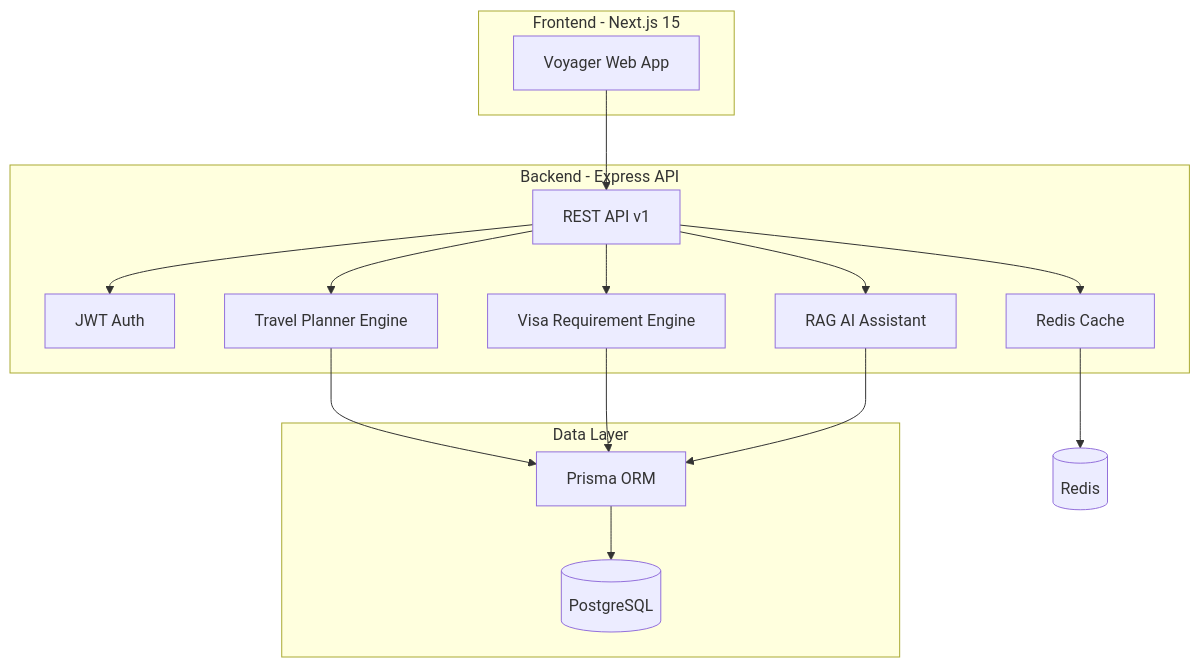
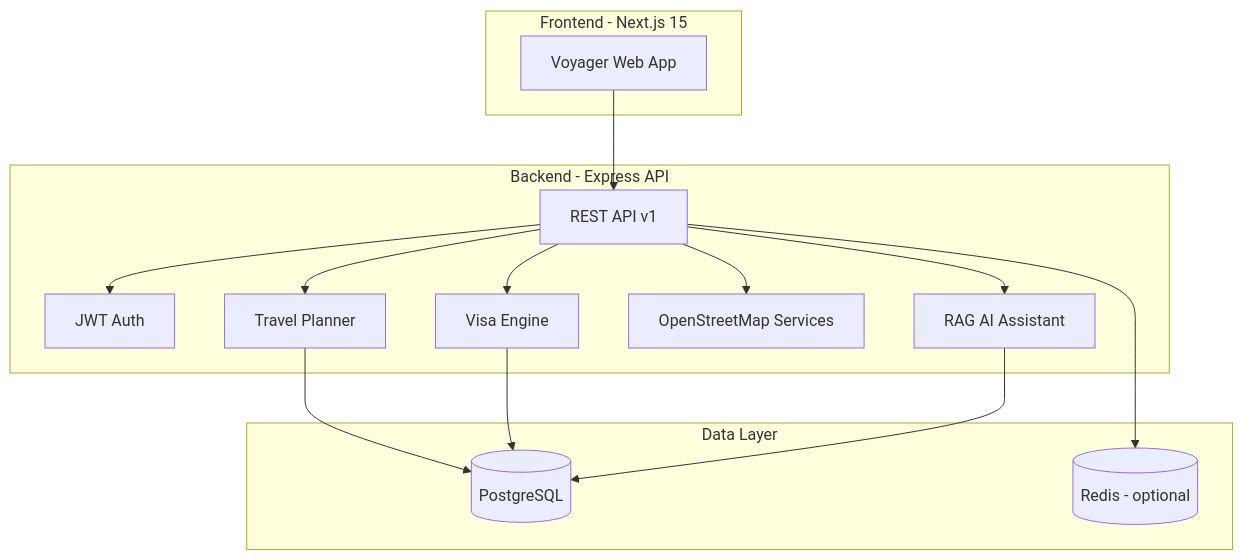
The diagram in README.md (mrunmayee300/voyager), drawn with Mermaid before and after one commit. The commit also changed other lines of this file, not shown here.

````diff
--- a/README.md
+++ b/README.md
@@ -7,32 +55,31 @@
 ```mermaid
 flowchart TB
   subgraph client [Frontend - Next.js 15]
     Web[Voyager Web App]
   end
 
   subgraph api [Backend - Express API]
     REST[REST API v1]
     Auth[JWT Auth]
-    Planner[Travel Planner Engine]
-    Visa[Visa Requirement Engine]
+    Planner[Travel Planner]
+    Visa[Visa Engine]
+    OSM[OpenStreetMap Services]
     AI[RAG AI Assistant]
-    Cache[Redis Cache]
   end
 
   subgraph data [Data Layer]
     PG[(PostgreSQL)]
-    Prisma[Prisma ORM]
+    Redis[(Redis - optional)]
   end
 
   Web --> REST
   REST --> Auth
   REST --> Planner
   REST --> Visa
+  REST --> OSM
   REST --> AI
-  REST --> Cache
-  Planner --> Prisma
-  Visa --> Prisma
-  AI --> Prisma
-  Prisma --> PG
-  Cache --> Redis[(Redis)]
+  Planner --> PG
+  Visa --> PG
+  AI --> PG
+  REST --> Redis
 ```
````
